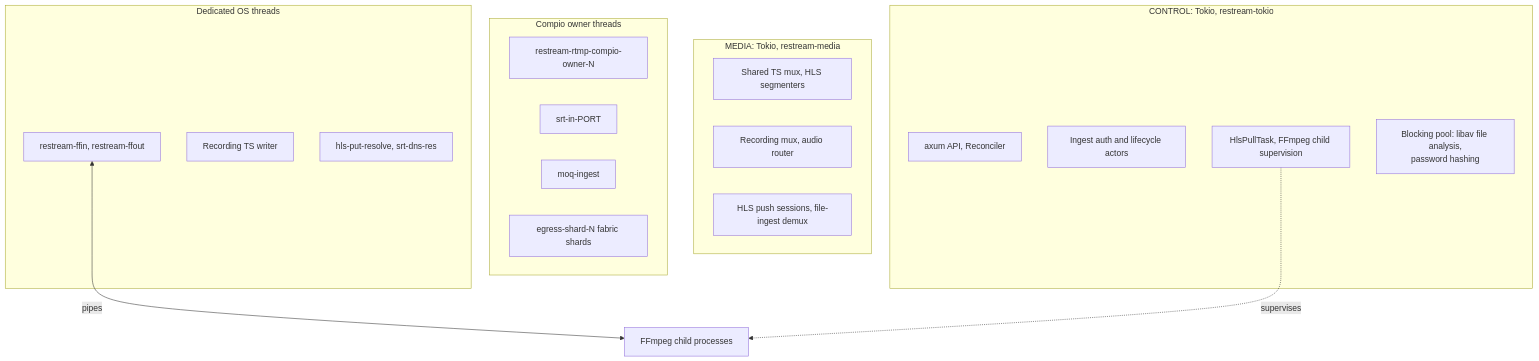
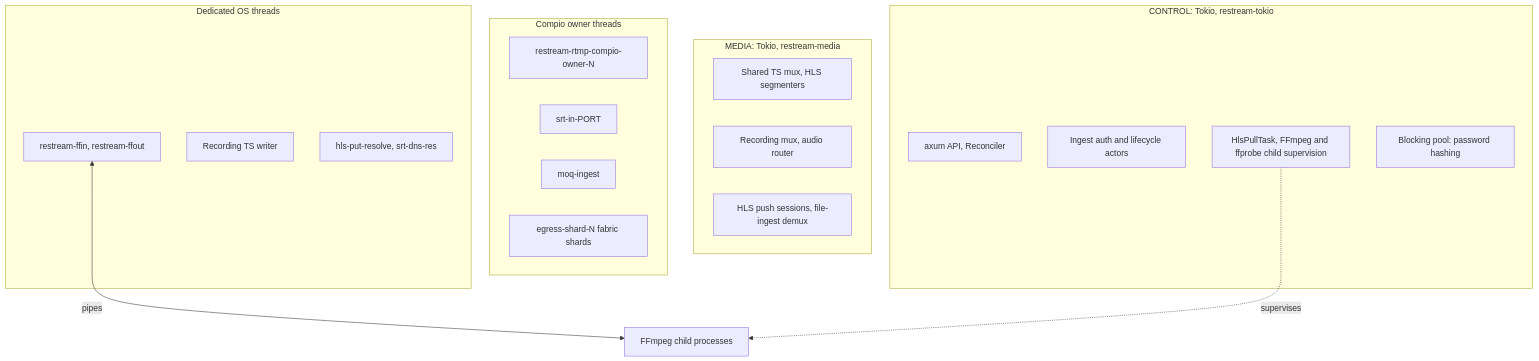
The third of 6 diagrams in docs/architecture.md (krsna1729/restream), drawn with Mermaid before and after one commit. The commit also changed other lines of this file and 71 other files, not shown here.

````diff
--- a/docs/architecture.md
+++ b/docs/architecture.md
@@ -110,28 +110,28 @@
 ```mermaid
 flowchart TD
     subgraph Control["CONTROL: Tokio, restream-tokio"]
         C1["axum API, Reconciler"]
         C2["Ingest auth and lifecycle actors"]
-        C3["HlsPullTask, FFmpeg child supervision"]
-        C4["Blocking pool: libav file analysis,<br/>password hashing"]
+        C3["HlsPullTask, FFmpeg and ffprobe child supervision"]
+        C4["Blocking pool: password hashing"]
     end
     subgraph Media["MEDIA: Tokio, restream-media"]
         M1["Shared TS mux, HLS segmenters"]
         M2["Recording mux, audio router"]
         M3["HLS push sessions, file-ingest demux"]
     end
     subgraph Compio["Compio owner threads"]
         O1["restream-rtmp-compio-owner-N"]
         O2["srt-in-PORT"]
         O3["moq-ingest"]
         O4["egress-shard-N fabric shards"]
     end
     subgraph Os["Dedicated OS threads"]
         T1["restream-ffin, restream-ffout"]
         T2["Recording TS writer"]
         T3["hls-put-resolve, srt-dns-res"]
     end
     Child["FFmpeg child processes"]
     T1 <-->|pipes| Child
     C3 -.->|supervises| Child
 ```
````
